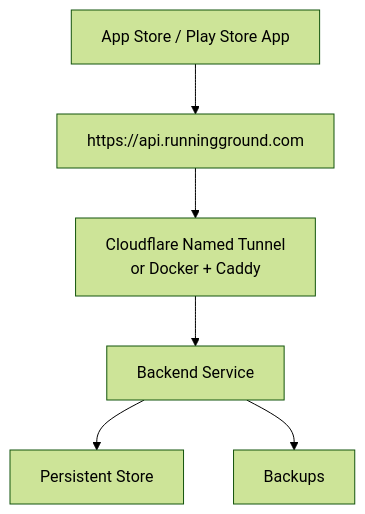
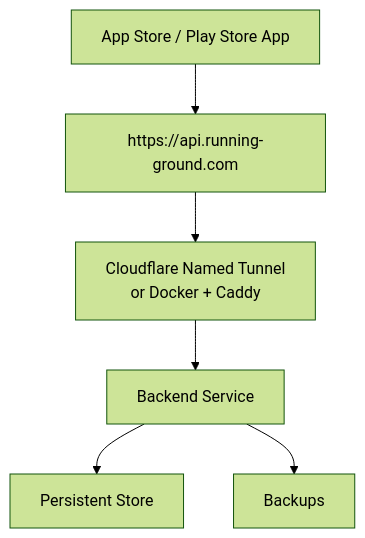
The seventh of 8 diagrams in docs/server-backend-architecture.md (Min-heee/running-ground), drawn with Mermaid (forest theme) before and after one commit. The commit also changed other lines of this file and 7 other files, not shown here.

Commit message:
Deploy public running-ground.com backend

````diff
--- a/docs/server-backend-architecture.md
+++ b/docs/server-backend-architecture.md
@@ -270,15 +270,15 @@
 ```mermaid
 flowchart TD
   App["App Store / Play Store App"]
-  Domain["https://api.runningground.com"]
+  Domain["https://api.running-ground.com"]
   CloudflareNamed["Cloudflare Named Tunnel<br/>or Docker + Caddy"]
   Backend["Backend Service"]
   Store["Persistent Store"]
   Backup["Backups"]
 
   App --> Domain
   Domain --> CloudflareNamed
   CloudflareNamed --> Backend
   Backend --> Store
   Backend --> Backup
 ```
````
